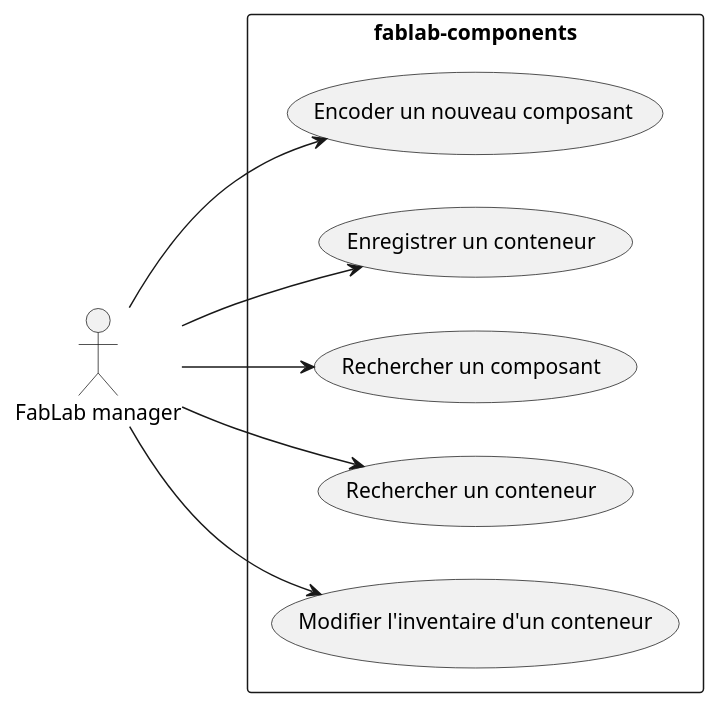
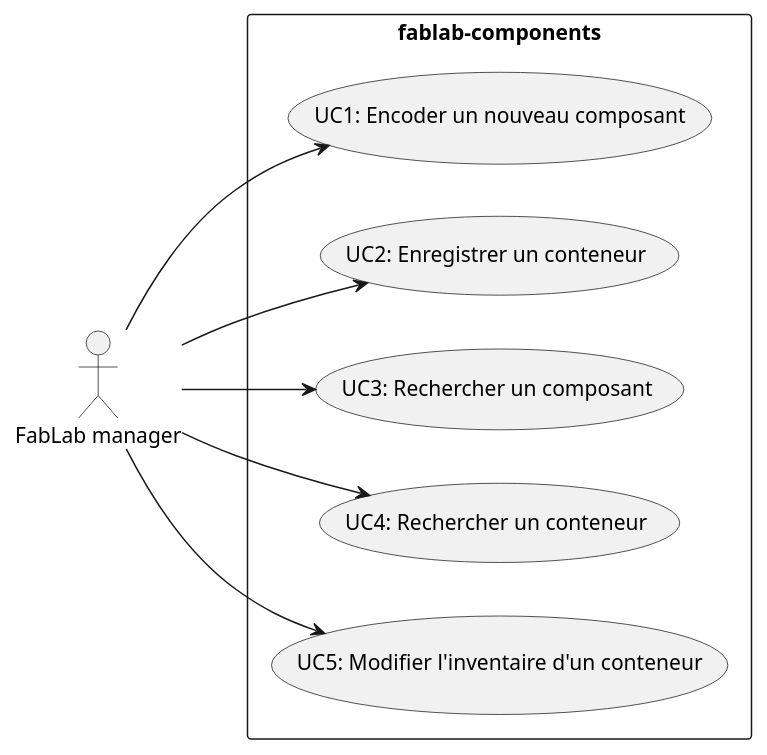
The diagram in docs/use_cases.puml (IEPSCF-Uccle-PROJWEB2-S1-2021/fablab-components), drawn with PlantUML before and after one commit. The commit also changed 2 other files, not shown here.

```diff
--- a/docs/use_cases.puml
+++ b/docs/use_cases.puml
@@ -1,20 +1,20 @@
 @startuml usecases
 left to right direction
 
 actor "FabLab manager" as manager
 
 rectangle "fablab-components" {
-  (Encoder un nouveau composant) as UC1
-  (Enregistrer un conteneur) as UC2
-  (Rechercher un composant) as UC3
-  (Rechercher un conteneur) as UC4
-  (Modifier l'inventaire d'un conteneur) as UC5
+  (UC1: Encoder un nouveau composant) as UC1
+  (UC2: Enregistrer un conteneur) as UC2
+  (UC3: Rechercher un composant) as UC3
+  (UC4: Rechercher un conteneur) as UC4
+  (UC5: Modifier l'inventaire d'un conteneur) as UC5
 }
 
 manager --> UC1
 manager --> UC2
 manager --> UC3
 manager --> UC4
 manager --> UC5
 
 @enduml
```
